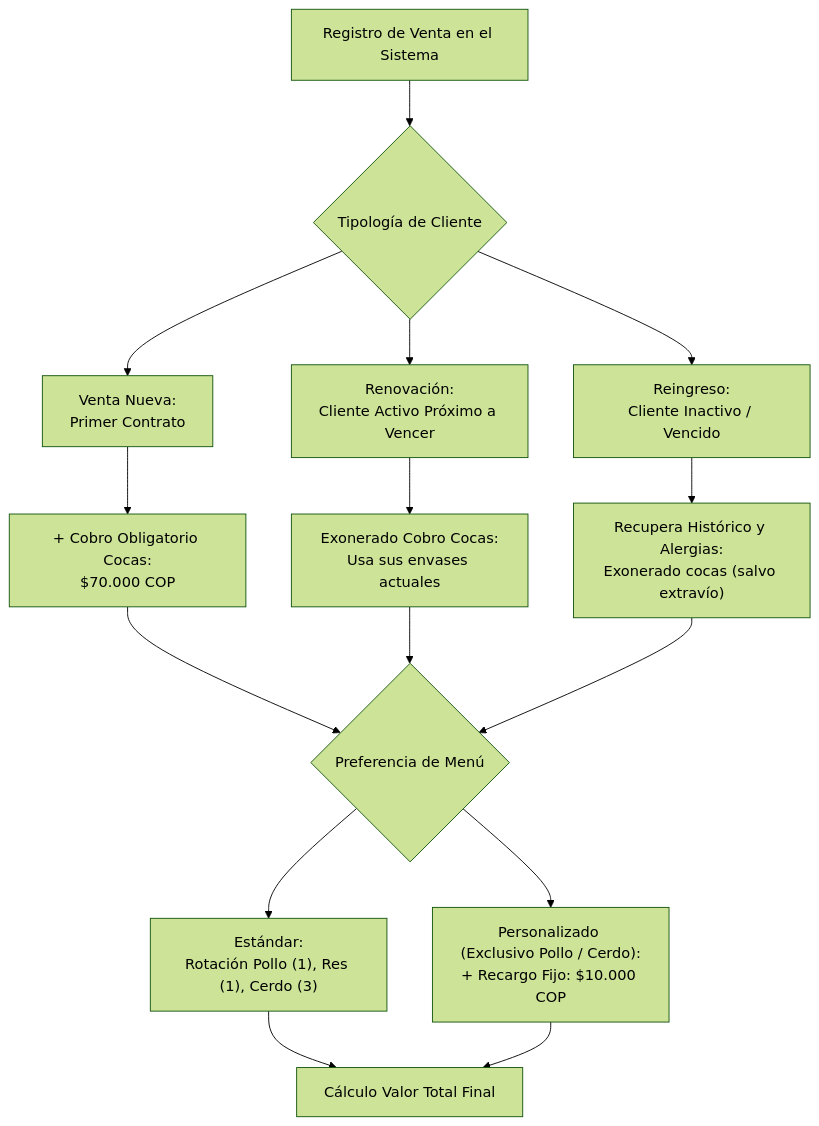
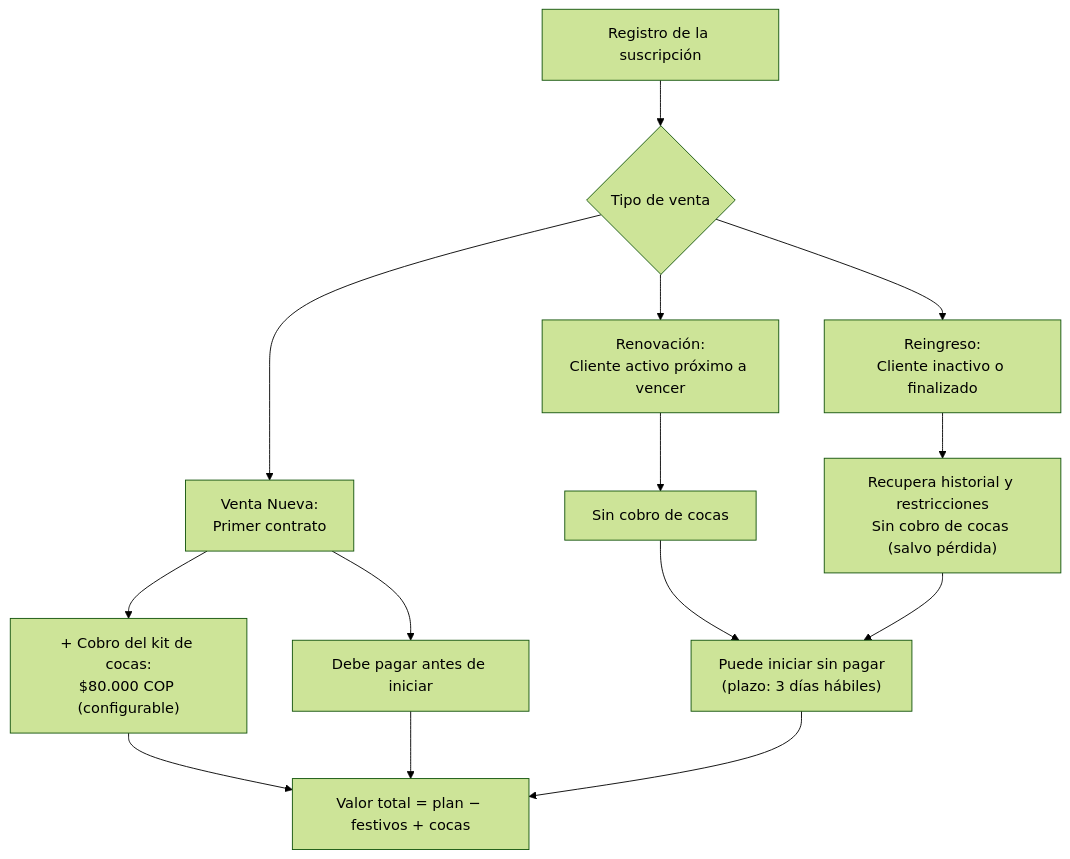
Before and after one commit to alejandrogomezmesa1/analisis: the diagram in 02_Reglas_de_Negocio/RN_Suscripciones_y_Menus.md, drawn with Mermaid (forest theme). The commit also changed other lines of this file and 26 other files, not shown here.

First line of the commit message:
Alinea el modelo y la documentación con el frontend (bd.uml v3.7)

````diff
--- a/02_Reglas_de_Negocio/RN_Suscripciones_y_Menus.md
+++ b/02_Reglas_de_Negocio/RN_Suscripciones_y_Menus.md
@@ -29,22 +33,19 @@
 ```mermaid
 graph TD
-    REG["Registro de Venta en el Sistema"] --> TIPO{"Tipología de Cliente"}
+    REG["Registro de la suscripción"] --> TIPO{"Tipo de venta"}
 
-    TIPO --> VN["Venta Nueva:\nPrimer Contrato"]
-    TIPO --> REN["Renovación:\nCliente Activo Próximo a Vencer"]
-    TIPO --> REI["Reingreso:\nCliente Inactivo / Vencido"]
+    TIPO --> VN["Venta Nueva:\nPrimer contrato"]
+    TIPO --> REN["Renovación:\nCliente activo próximo a vencer"]
+    TIPO --> REI["Reingreso:\nCliente inactivo o finalizado"]
 
-    VN --> COCA["+ Cobro Obligatorio Cocas:\n$70.000 COP"]
-    REN --> EXON["Exonerado Cobro Cocas:\nUsa sus envases actuales"]
-    REI --> HIST["Recupera Histórico y Alergias:\nExonerado cocas (salvo extravío)"]
+    VN --> COCA["+ Cobro del kit de cocas:\n$80.000 COP (configurable)"]
+    VN --> PAGO1["Debe pagar antes de iniciar"]
+    REN --> EXON["Sin cobro de cocas"]
+    REI --> HIST["Recupera historial y restricciones\nSin cobro de cocas (salvo pérdida)"]
+    EXON --> SINPAGO["Puede iniciar sin pagar\n(plazo: 3 días hábiles)"]
+    HIST --> SINPAGO
 
-    COCA --> MENU{"Preferencia de Menú"}
-    EXON --> MENU
-    HIST --> MENU
-
-    MENU --> STD["Estándar:\nRotación Pollo (1), Res (1), Cerdo (3)"]
-    MENU --> PER["Personalizado (Exclusivo Pollo / Cerdo):\n+ Recargo Fijo: $10.000 COP"]
-
-    STD --> TOT["Cálculo Valor Total Final"]
-    PER --> TOT
+    COCA --> TOT["Valor total = plan − festivos + cocas"]
+    PAGO1 --> TOT
+    SINPAGO --> TOT
 ```
````
